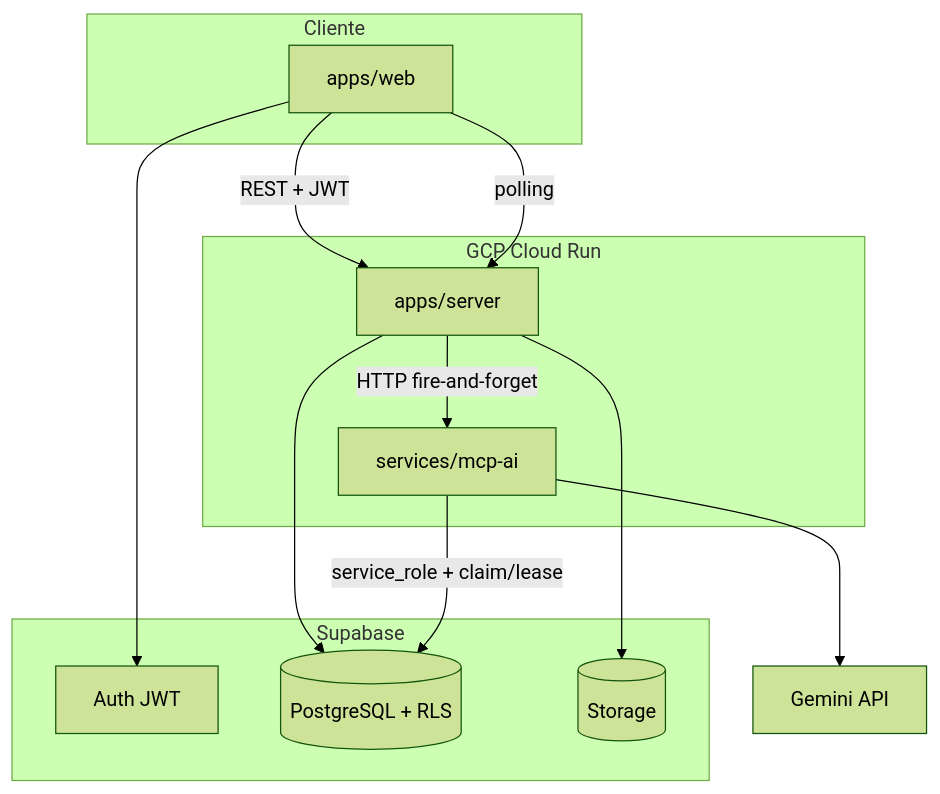
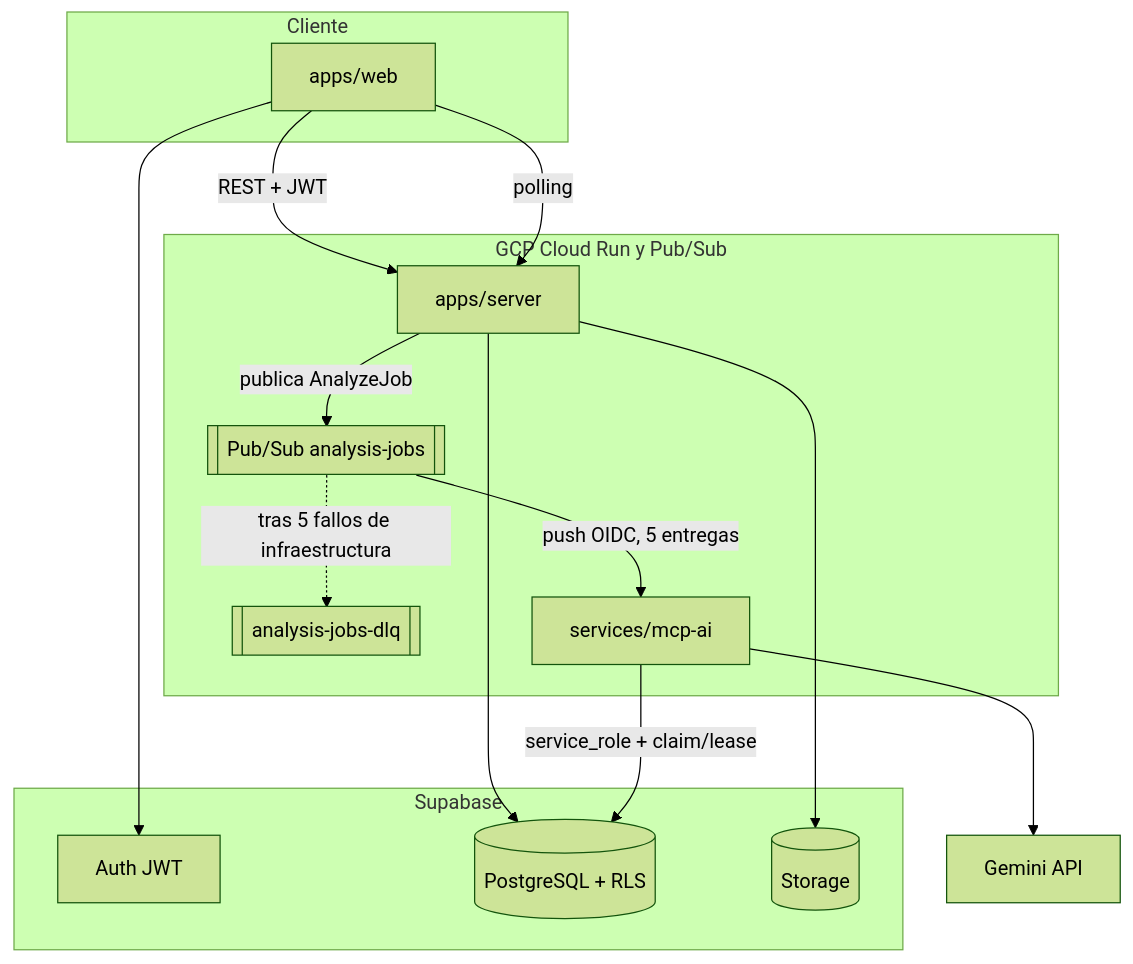
One commit to Admaal/PropTech changed the diagram in docs/architecture.md. Above: the diagram before and after it, drawn with Mermaid (forest theme). The commit also changed 4 other files, not shown here.

First line of the commit message:
infra(server,mcp-ai): corte del análisis a Pub/Sub (5b) (#65)

````diff
--- a/docs/architecture.md
+++ b/docs/architecture.md
@@ -7,26 +7,30 @@
 ```mermaid
 flowchart TB
   subgraph client [Cliente]
     Web[apps/web]
   end
 
   subgraph supabase [Supabase]
     Auth[Auth JWT]
     PG[(PostgreSQL + RLS)]
     Storage[(Storage)]
   end
 
-  subgraph gcp [GCP Cloud Run]
+  subgraph gcp [GCP Cloud Run y Pub/Sub]
     Server[apps/server]
+    Topic[[Pub/Sub analysis-jobs]]
+    DLQ[[analysis-jobs-dlq]]
     MCP[services/mcp-ai]
   end
 
   Web -->|REST + JWT| Server
   Web --> Auth
   Server --> PG
   Server --> Storage
-  Server -->|HTTP fire-and-forget| MCP
+  Server -->|publica AnalyzeJob| Topic
+  Topic -->|push OIDC, 5 entregas| MCP
+  Topic -.->|tras 5 fallos de infraestructura| DLQ
   MCP --> Gemini[Gemini API]
   MCP -->|service_role + claim/lease| PG
   Web -->|polling| Server
 ```
````
